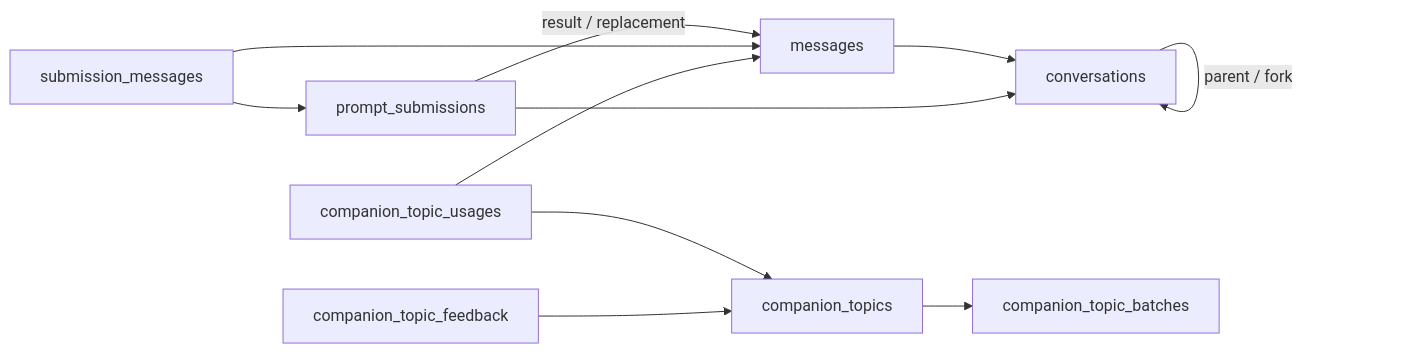
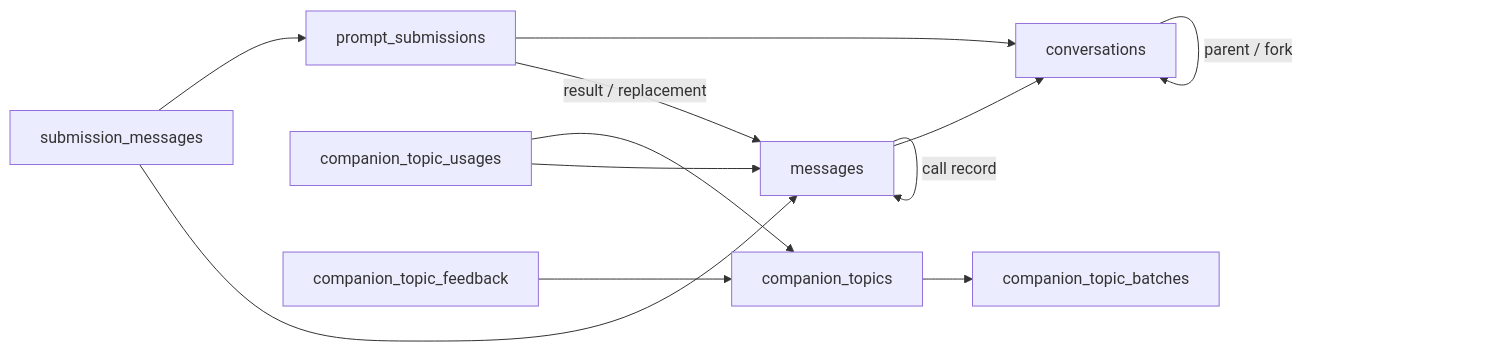
The second of 8 diagrams in docs/DATABASE.md (yangjinming1062/SpiritAgent), drawn with Mermaid before and after one commit. The commit also changed other lines of this file and 91 other files, not shown here.

````diff
--- a/docs/DATABASE.md
+++ b/docs/DATABASE.md
@@ -31,13 +31,14 @@
 ```mermaid
 flowchart LR
     conversations -->|parent / fork| conversations
     messages --> conversations
+    messages -->|call record| messages
     prompt_submissions --> conversations
     prompt_submissions -->|result / replacement| messages
     submission_messages --> prompt_submissions
     submission_messages --> messages
     companion_topics --> companion_topic_batches
     companion_topic_usages --> companion_topics
     companion_topic_usages --> messages
     companion_topic_feedback --> companion_topics
 ```
````
